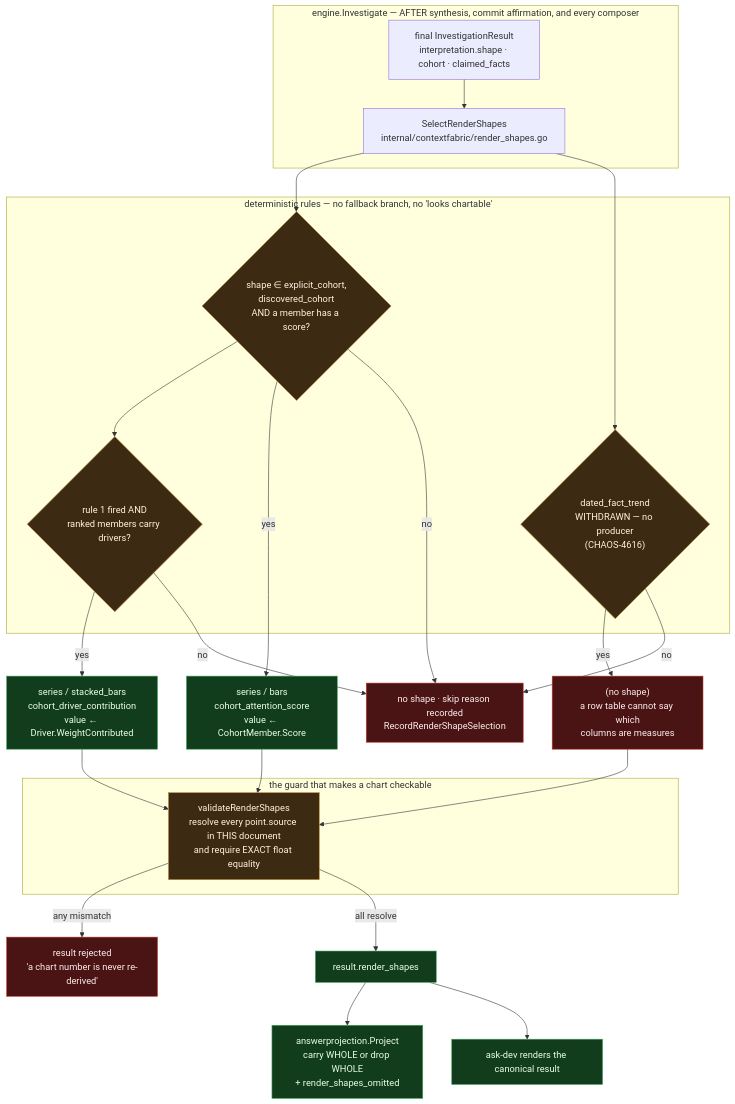
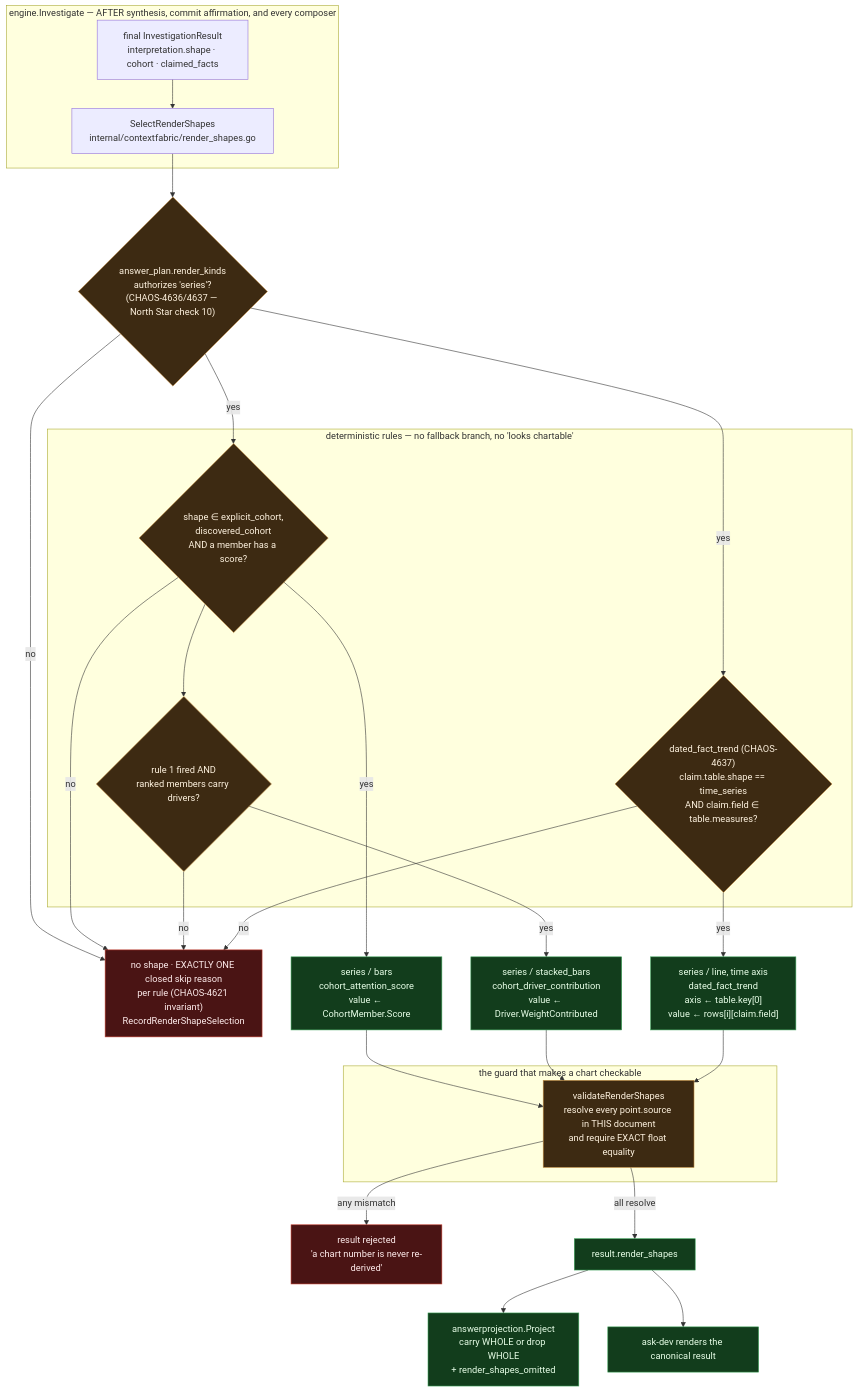
One commit to full-chaos/dev-health-acr changed diagram 11 of 13 in docs/design/context-fabric-architecture-diagrams.md. Above: the diagram before and after it, drawn with Mermaid. The commit also changed other lines of this file and 4 other files, not shown here.

First line of the commit message:
The golden example carries a trend again, and the docs say why

````diff
--- a/docs/design/context-fabric-architecture-diagrams.md
+++ b/docs/design/context-fabric-architecture-diagrams.md
@@ -1137,46 +1174,48 @@
 ```mermaid
 flowchart TD
     subgraph engine["engine.Investigate — AFTER synthesis, commit affirmation, and every composer"]
         RES["final InvestigationResult<br/>interpretation.shape · cohort · claimed_facts"]
         SEL["SelectRenderShapes<br/>internal/contextfabric/render_shapes.go"]
         RES --> SEL
     end
 
     subgraph rules["deterministic rules — no fallback branch, no 'looks chartable'"]
         R1{"shape ∈ explicit_cohort,<br/>discovered_cohort<br/>AND a member has a score?"}
         R2{"rule 1 fired AND<br/>ranked members carry drivers?"}
-        R3{"dated_fact_trend<br/>WITHDRAWN — no producer<br/>(CHAOS-4616)"}
+        R3{"dated_fact_trend (CHAOS-4637)<br/>claim.table.shape == time_series<br/>AND claim.field ∈ table.measures?"}
     end
-    SEL --> R1 --> R2
-    SEL --> R3
+    PLAN{"answer_plan.render_kinds<br/>authorizes 'series'?<br/>(CHAOS-4636/4637 — North Star check 10)"}
+    SEL --> PLAN
+    PLAN -->|yes| R1 --> R2
+    PLAN -->|yes| R3
+    PLAN -->|no| SKIP
 
     S1["series / bars<br/>cohort_attention_score<br/>value ← CohortMember.Score"]
     S2["series / stacked_bars<br/>cohort_driver_contribution<br/>value ← Driver.WeightContributed"]
-    S3["(no shape)<br/>a row table cannot say which<br/>columns are measures"]
+    S3["series / line, time axis<br/>dated_fact_trend<br/>axis ← table.key[0]<br/>value ← rows[i][claim.field]"]
     R1 -->|yes| S1
     R2 -->|yes| S2
     R3 -->|yes| S3
-    R1 -->|no| SKIP["no shape · skip reason recorded<br/>RecordRenderShapeSelection"]
+    R1 -->|no| SKIP["no shape · EXACTLY ONE closed skip reason<br/>per rule (CHAOS-4621 invariant)<br/>RecordRenderShapeSelection"]
     R2 -->|no| SKIP
     R3 -->|no| SKIP
 
     subgraph guard["the guard that makes a chart checkable"]
         VAL["validateRenderShapes<br/>resolve every point.source in THIS document<br/>and require EXACT float equality"]
     end
     S1 --> VAL
     S2 --> VAL
     S3 --> VAL
     VAL -->|any mismatch| REJ["result rejected<br/>'a chart number is never re-derived'"]
     VAL -->|all resolve| OUT["result.render_shapes"]
 
     OUT --> PROJ["answerprojection.Project<br/>carry WHOLE or drop WHOLE<br/>+ render_shapes_omitted"]
     OUT --> ASKDEV["ask-dev renders the canonical result"]
 
     classDef fixed fill:#123d1c,stroke:#3fa45b,color:#e8ffe8
     classDef gate fill:#3d2a12,stroke:#c08a3e,color:#fff3e0
     classDef bad fill:#4a1414,stroke:#c0392b,color:#ffecec
-    class S1,S2,OUT,PROJ,ASKDEV fixed
-    class S3 bad
-    class R1,R2,R3,VAL gate
+    class S1,S2,S3,OUT,PROJ,ASKDEV fixed
+    class R1,R2,R3,PLAN,VAL gate
     class REJ,SKIP bad
 ```
````
